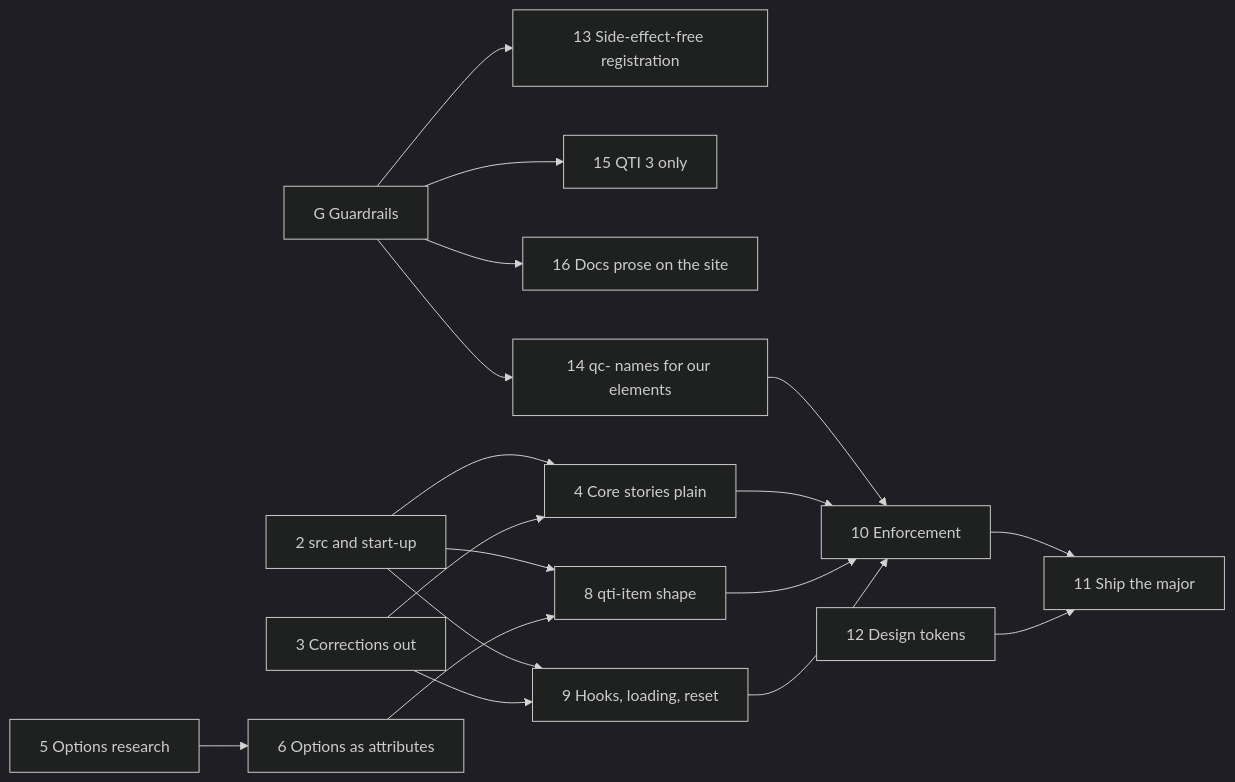
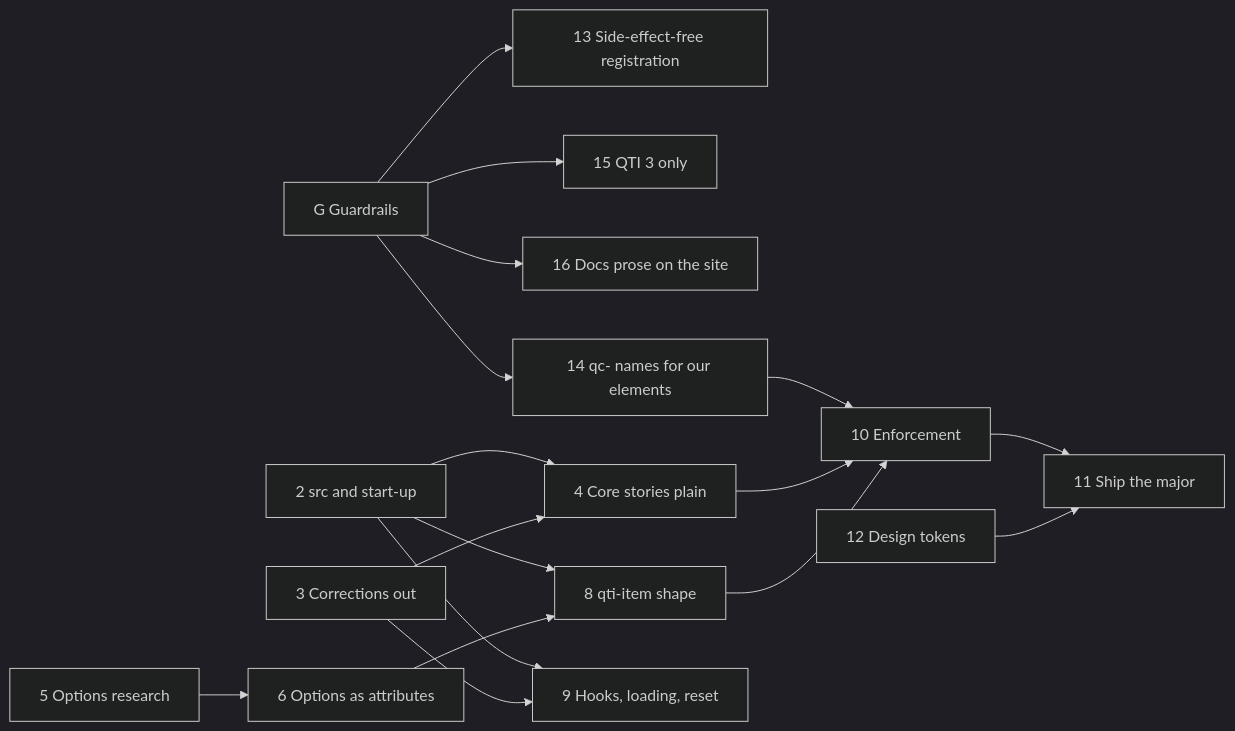
Before and after one commit to Citolab/qti-components: the diagram in plans/roadmap-host-api.md, drawn with Mermaid (dark theme). The commit also changed other lines of this file and 6 other files, not shown here.

````diff
--- a/plans/roadmap-host-api.md
+++ b/plans/roadmap-host-api.md
@@ -15,24 +15,23 @@
 ```mermaid
 graph LR
   PG[G Guardrails] --> P13[13 Side-effect-free registration]
   PG --> P15[15 QTI 3 only]
   PG --> P16[16 Docs prose on the site]
   PG --> P14[14 qc- names for our elements]
   P14 --> P10
   P2[2 src and start-up]
   P3[3 Corrections out]
   P5[5 Options research]
   P2 --> P4[4 Core stories plain]
   P3 --> P4
   P5 --> P6[6 Options as attributes]
   P2 --> P8[8 qti-item shape]
   P6 --> P8
   P2 --> P9[9 Hooks, loading, reset]
   P3 --> P9
   P4 --> P10[10 Enforcement]
   P8 --> P10
-  P9 --> P10
   P10 --> P11[11 Ship the major]
   P12[12 Design tokens]
   P12 --> P11
 ```
````
